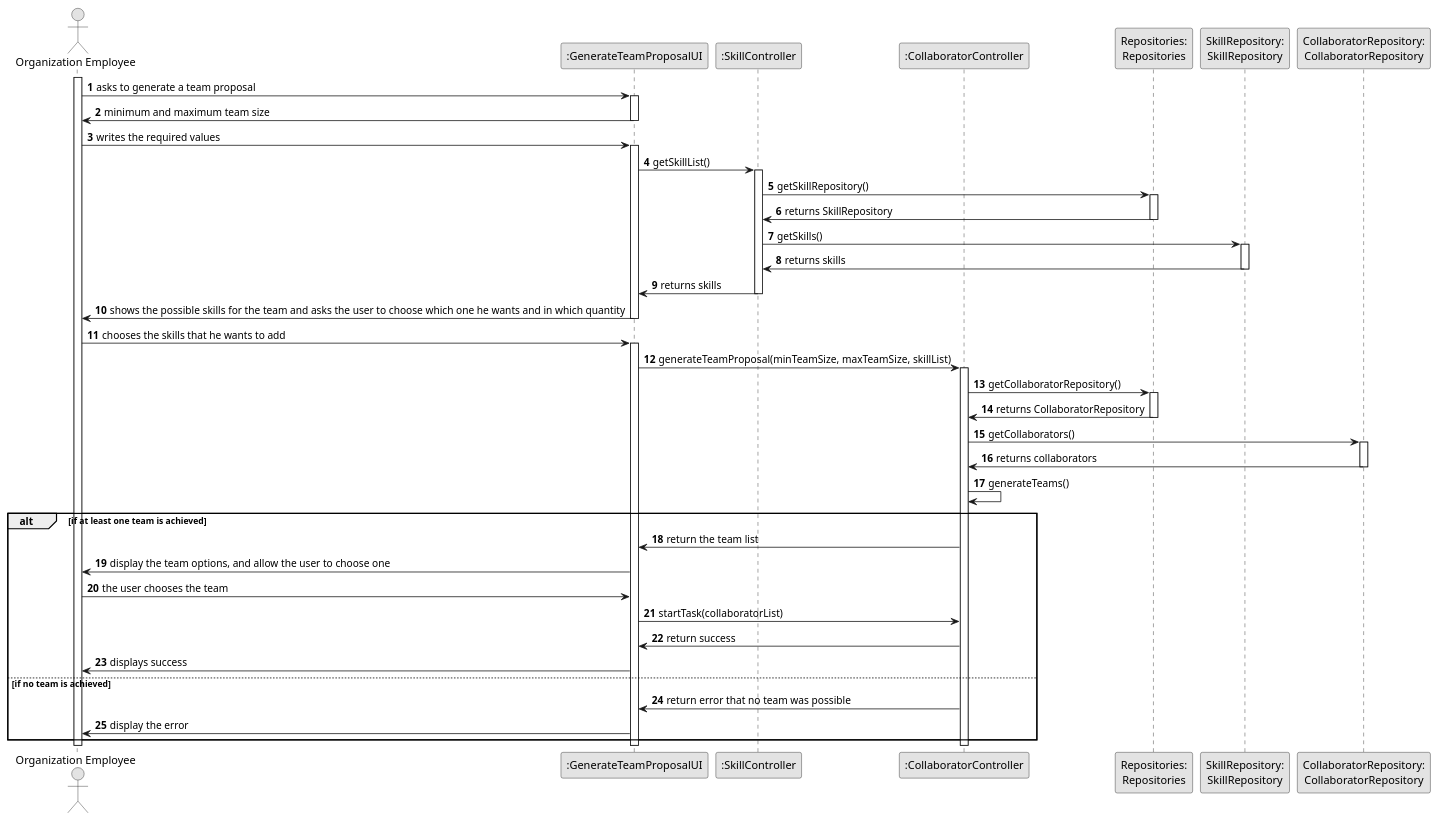
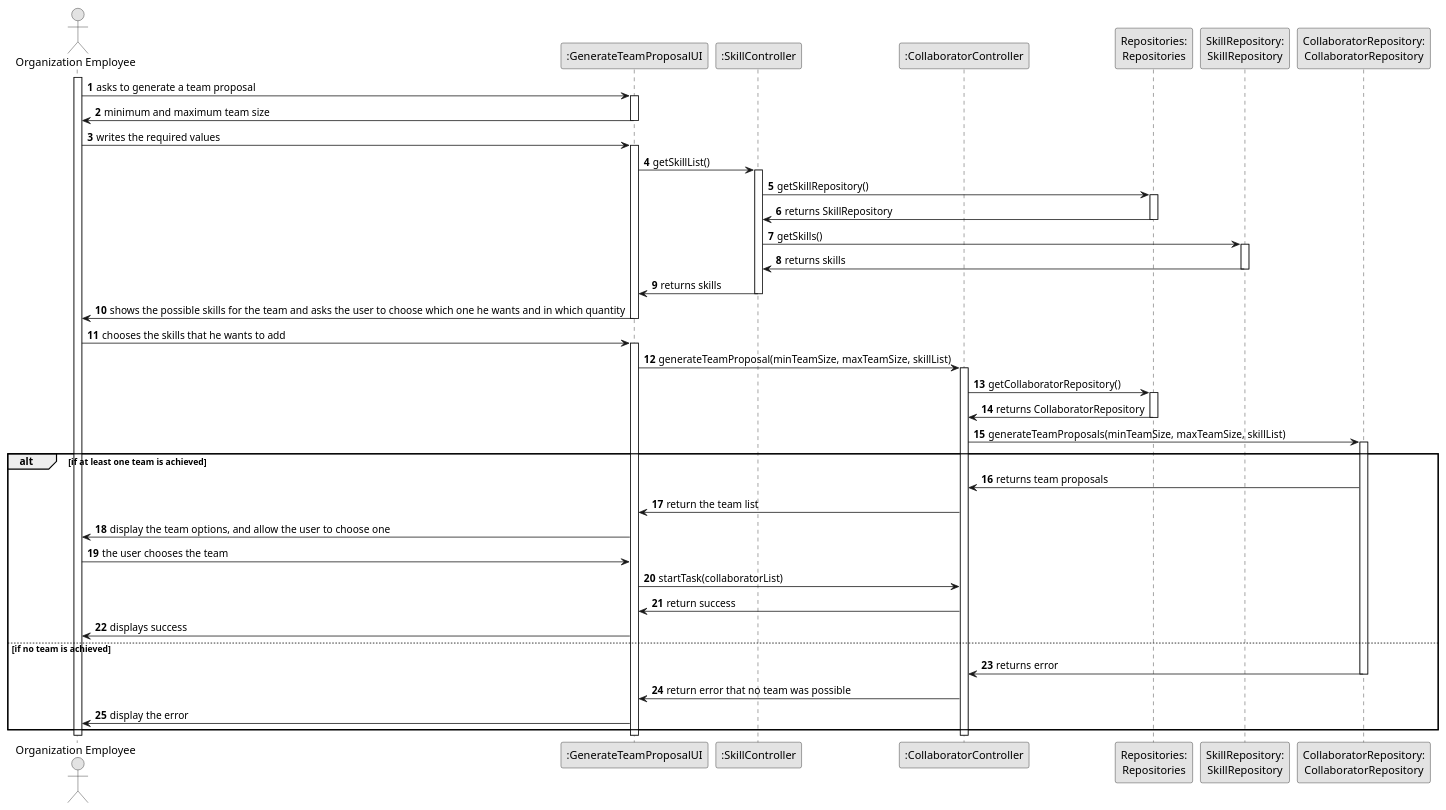
One commit to RicardoMorim/lapr2-ISEP-Project changed the diagram in docs/sprintB/us005/03.design/puml/us005-sequence-diagram-full.puml. Above: the diagram before and after it, drawn with PlantUML. The commit also changed 197 other files, not shown here.

```diff
--- a/docs/sprintB/us005/03.design/puml/us005-sequence-diagram-full.puml
+++ b/docs/sprintB/us005/03.design/puml/us005-sequence-diagram-full.puml
@@ -1,69 +1,68 @@
 @startuml
 skinparam monochrome true
 skinparam packageStyle rectangle
 skinparam shadowing false
 
 autonumber
 
 actor "Organization Employee" as ADM
 participant ":GenerateTeamProposalUI" as UI
 participant ":SkillController" as SkillCTRL
 participant ":CollaboratorController" as CollaboratorCTRL
 participant "Repositories:\nRepositories" as Repos
 participant "SkillRepository:\nSkillRepository" as SkillRepository
 participant "CollaboratorRepository:\nCollaboratorRepository" as CollaboratorRepository
 
 activate ADM
     ADM -> UI : asks to generate a team proposal
     activate UI
         UI -> ADM: minimum and maximum team size
     deactivate UI
     ADM -> UI : writes the required values
 
     activate UI
         UI -> SkillCTRL: getSkillList()
         activate SkillCTRL
             SkillCTRL -> Repos: getSkillRepository()
             activate Repos
                 Repos -> SkillCTRL: returns SkillRepository
             deactivate Repos
             SkillCTRL -> SkillRepository: getSkills()
             activate SkillRepository
                 SkillRepository -> SkillCTRL: returns skills
             deactivate SkillRepository
             SkillCTRL -> UI: returns skills
         deactivate SkillCTRL
 
         UI -> ADM: shows the possible skills for the team and asks the user to choose which one he wants and in which quantity
     deactivate UI
     ADM -> UI: chooses the skills that he wants to add
 
     activate UI
         UI -> CollaboratorCTRL: generateTeamProposal(minTeamSize, maxTeamSize, skillList)
         activate CollaboratorCTRL
             CollaboratorCTRL -> Repos: getCollaboratorRepository()
             activate Repos
                 Repos -> CollaboratorCTRL: returns CollaboratorRepository
             deactivate Repos
-            CollaboratorCTRL -> CollaboratorRepository: getCollaborators()
+            CollaboratorCTRL -> CollaboratorRepository: generateTeamProposals(minTeamSize, maxTeamSize, skillList)
             activate CollaboratorRepository
-                CollaboratorRepository -> CollaboratorCTRL: returns collaborators
-            deactivate CollaboratorRepository
-            CollaboratorCTRL -> CollaboratorCTRL: generateTeams()
-
                alt if at least one team is achieved
+                CollaboratorRepository -> CollaboratorCTRL: returns team proposals
                     CollaboratorCTRL -> UI: return the team list
                     UI -> ADM: display the team options, and allow the user to choose one
                     ADM -> UI:  the user chooses the team
                     UI -> CollaboratorCTRL: startTask(collaboratorList)
                     CollaboratorCTRL -> UI: return success
                     UI -> ADM: displays success
                else if no team is achieved
+                    CollaboratorRepository -> CollaboratorCTRL: returns error
+            deactivate CollaboratorRepository
                     CollaboratorCTRL -> UI: return error that no team was possible
                     UI -> ADM: display the error
                 end
         deactivate CollaboratorCTRL
     deactivate UI
 deactivate ADM
 
 @enduml
```
